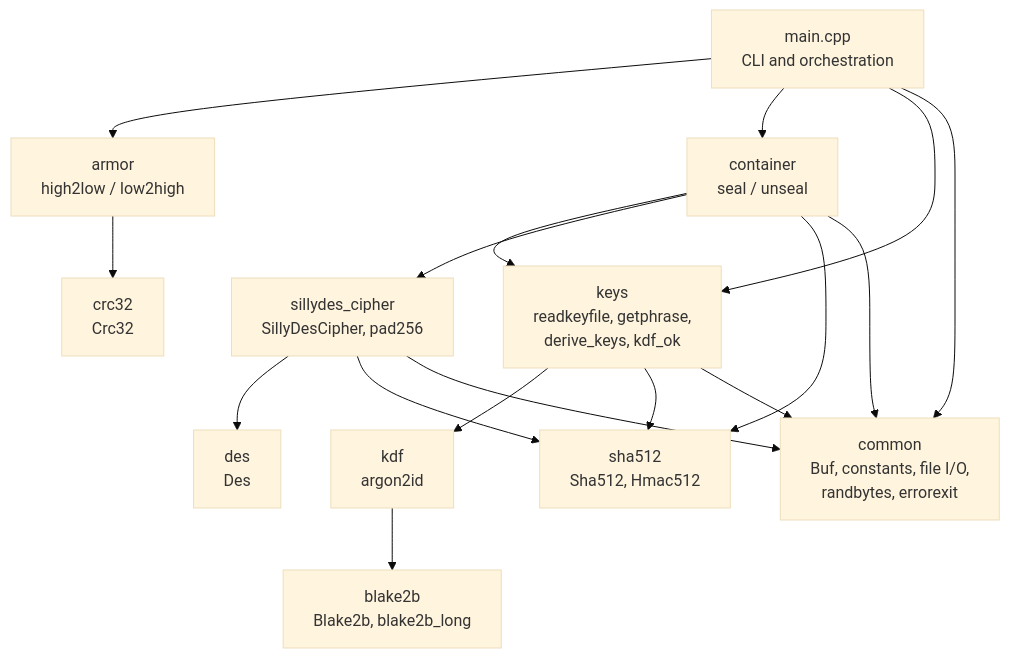
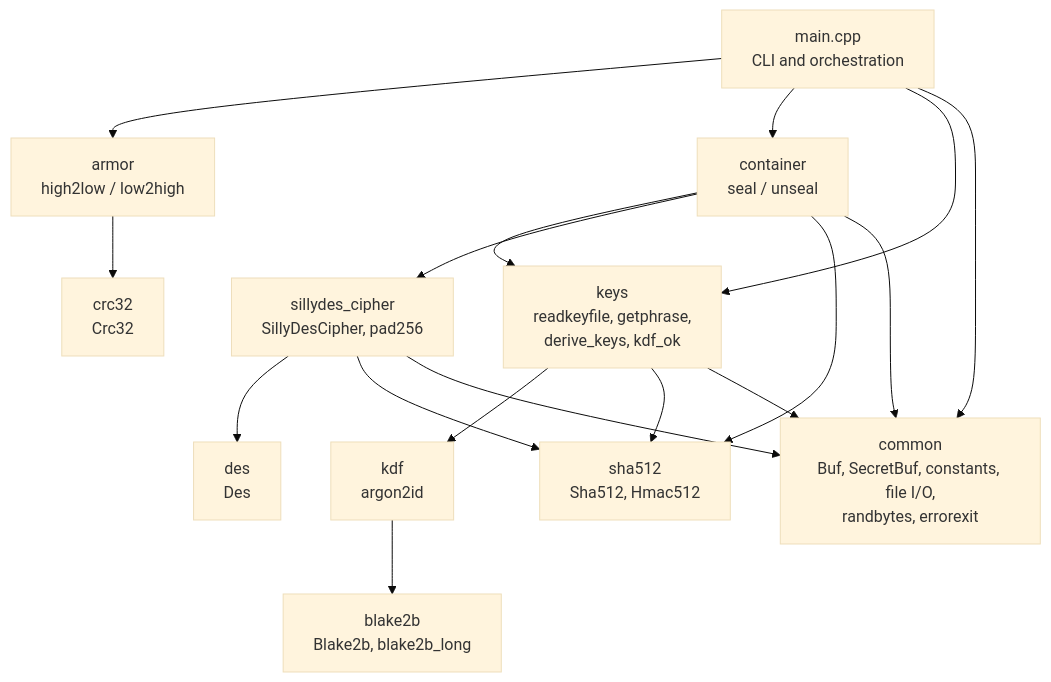
One commit to avw1ein/sillydes changed the first of 10 diagrams in STRUCTURE.md. Above: the diagram before and after it, drawn with Mermaid (base theme). The commit also changed other lines of this file and 19 other files, not shown here.

````diff
--- a/STRUCTURE.md
+++ b/STRUCTURE.md
@@ -53,31 +53,31 @@
 ```mermaid
 flowchart TD
     main["main.cpp<br/>CLI and orchestration"]
     armor["armor<br/>high2low / low2high"]
     crc["crc32<br/>Crc32"]
     container["container<br/>seal / unseal"]
     keys["keys<br/>readkeyfile, getphrase,<br/>derive_keys, kdf_ok"]
     cipher["sillydes_cipher<br/>SillyDesCipher, pad256"]
     des["des<br/>Des"]
     kdf["kdf<br/>argon2id"]
     blake2b["blake2b<br/>Blake2b, blake2b_long"]
     sha512["sha512<br/>Sha512, Hmac512"]
-    common["common<br/>Buf, constants, file I/O,<br/>randbytes, errorexit"]
+    common["common<br/>Buf, SecretBuf, constants, file I/O,<br/>randbytes, errorexit"]
 
     main --> armor
     main --> container
     main --> keys
     main --> common
     armor --> crc
     container --> keys
     container --> cipher
     container --> sha512
     keys --> kdf
     keys --> sha512
     cipher --> des
     cipher --> sha512
     kdf --> blake2b
     container --> common
     cipher --> common
     keys --> common
 ```
````
